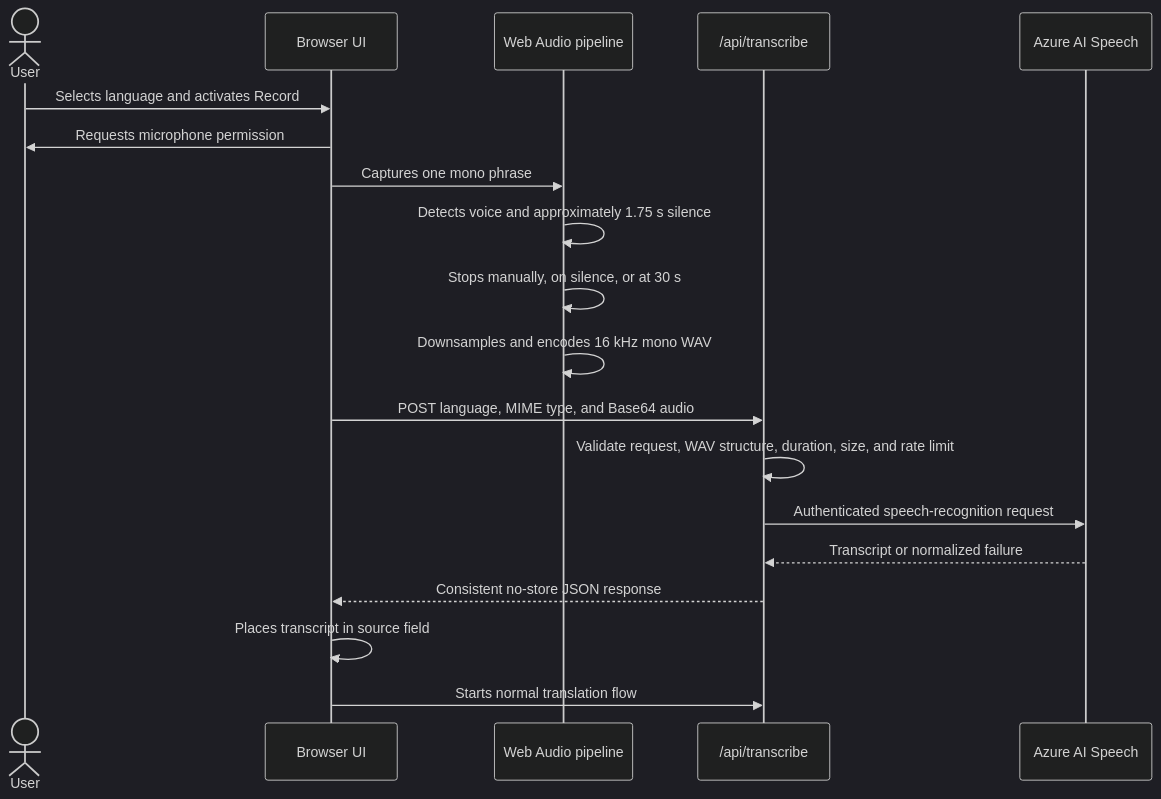
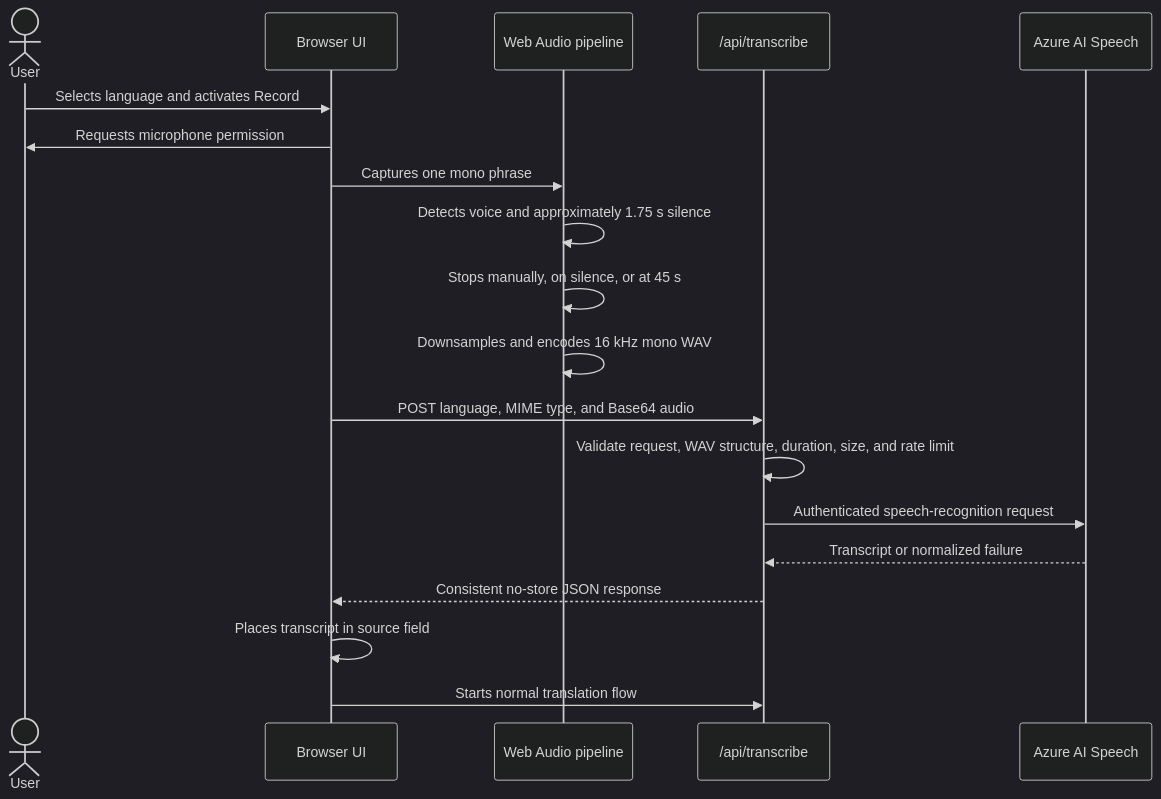
Before and after one commit to mondragon-developer/hebrew-english-spanish-helper: the third of 7 diagrams in docs/ARCHITECTURE.md, drawn with Mermaid (dark theme). The commit also changed other lines of this file and 8 other files, not shown here.

````diff
--- a/docs/ARCHITECTURE.md
+++ b/docs/ARCHITECTURE.md
@@ -131,22 +131,22 @@
 ```mermaid
 sequenceDiagram
     actor User
     participant UI as Browser UI
     participant Audio as Web Audio pipeline
     participant API as /api/transcribe
     participant Azure as Azure AI Speech
 
     User->>UI: Selects language and activates Record
     UI->>User: Requests microphone permission
     UI->>Audio: Captures one mono phrase
     Audio->>Audio: Detects voice and approximately 1.75 s silence
-    Audio->>Audio: Stops manually, on silence, or at 30 s
+    Audio->>Audio: Stops manually, on silence, or at 45 s
     Audio->>Audio: Downsamples and encodes 16 kHz mono WAV
     UI->>API: POST language, MIME type, and Base64 audio
     API->>API: Validate request, WAV structure, duration, size, and rate limit
     API->>Azure: Authenticated speech-recognition request
     Azure-->>API: Transcript or normalized failure
     API-->>UI: Consistent no-store JSON response
     UI->>UI: Places transcript in source field
     UI->>API: Starts normal translation flow
 ```
````
